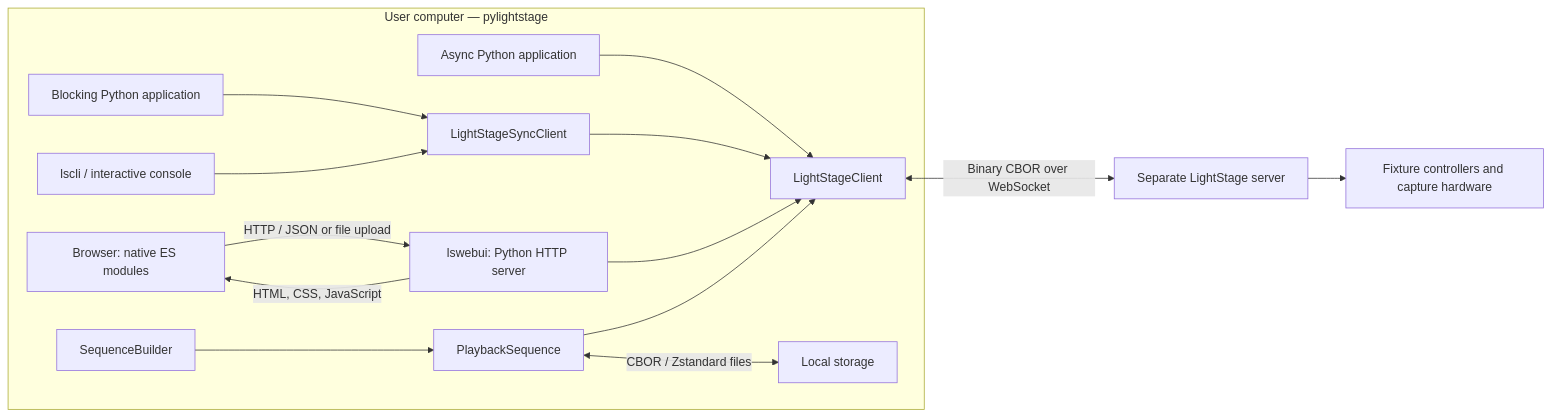
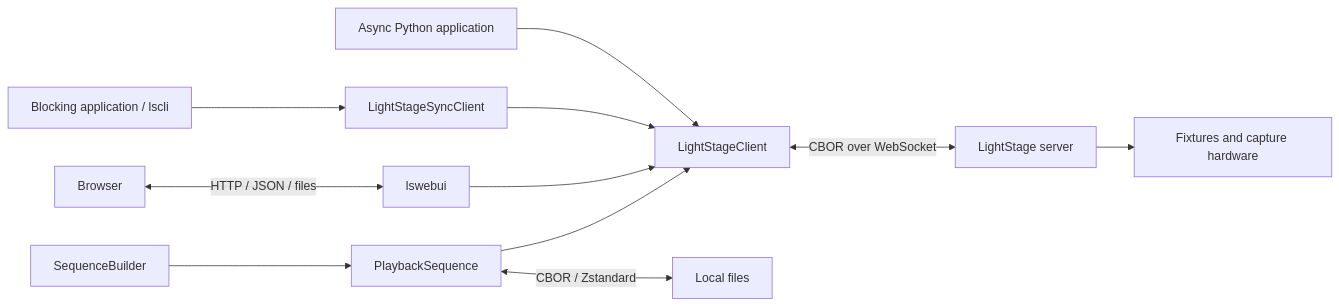
Before and after one commit to ImperialCollegeLondon/pylightstage: the first of 2 diagrams in README.md, drawn with Mermaid. The commit also changed other lines of this file, not shown here.

````diff
--- a/README.md
+++ b/README.md
@@ -278,17 +90,13 @@
 ```mermaid
 flowchart LR
-    subgraph Local["User computer — pylightstage"]
-        Async["Async Python application"] --> Client["LightStageClient"]
-        Script["Blocking Python application"] --> Sync["LightStageSyncClient"]
-        CLI["lscli / interactive console"] --> Sync
-        Sync --> Client
-        Browser["Browser: native ES modules"] -->|"HTTP / JSON or file upload"| HTTP["lswebui: Python HTTP server"]
-        HTTP --> Client
-        HTTP -->|"HTML, CSS, JavaScript"| Browser
-        Builder["SequenceBuilder"] --> Model["PlaybackSequence"]
-        Model --> Client
-        Model <-->|"CBOR / Zstandard files"| Disk["Local storage"]
-    end
-    Client <-->|"Binary CBOR over WebSocket"| Server["Separate LightStage server"]
-    Server --> Hardware["Fixture controllers and capture hardware"]
+    Async["Async Python application"] --> Client["LightStageClient"]
+    CLI["Blocking application / lscli"] --> Sync["LightStageSyncClient"]
+    Sync --> Client
+    Browser["Browser"] <-->|"HTTP / JSON / files"| Web["lswebui"]
+    Web --> Client
+    Builder["SequenceBuilder"] --> Sequence["PlaybackSequence"]
+    Sequence --> Client
+    Sequence <-->|"CBOR / Zstandard"| Disk["Local files"]
+    Client <-->|"CBOR over WebSocket"| Server["LightStage server"]
+    Server --> Hardware["Fixtures and capture hardware"]
 ```
````
